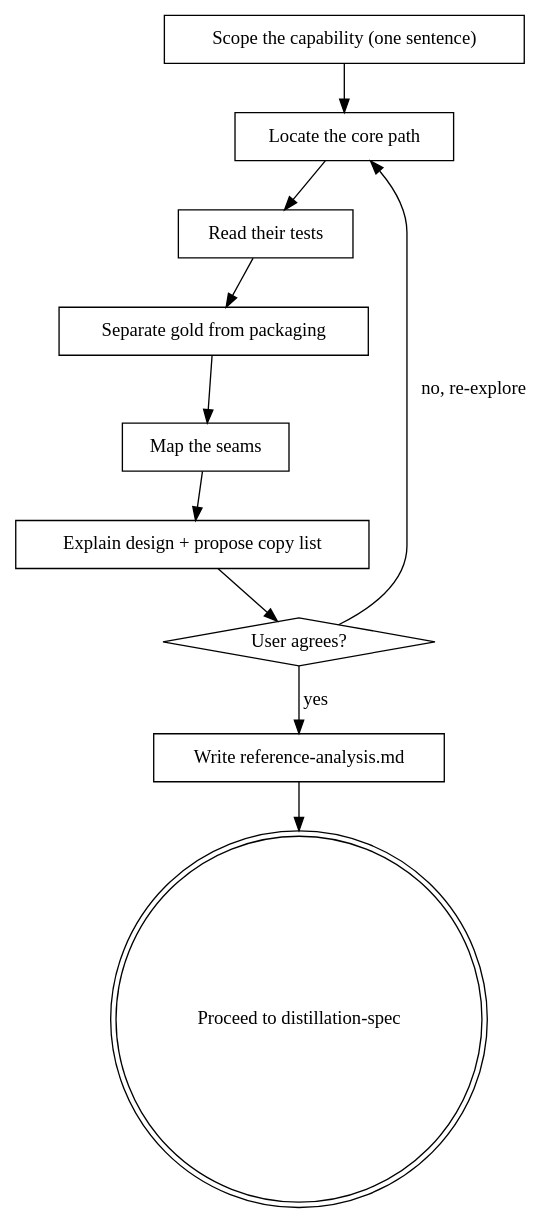
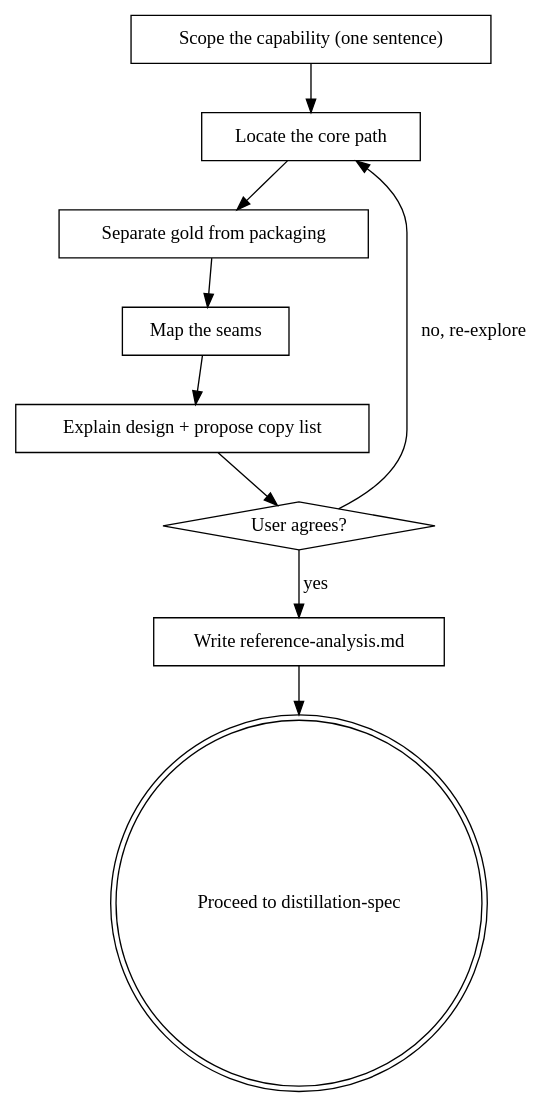
The diagram in skills/reference-analysis/SKILL.md (duongnghia222/code-distilling), drawn with Graphviz before and after one commit. The commit also changed other lines of this file and 13 other files, not shown here.

````diff
--- a/skills/reference-analysis/SKILL.md
+++ b/skills/reference-analysis/SKILL.md
@@ -34,23 +33,21 @@
 ```dot
 digraph reference_analysis {
     "Scope the capability (one sentence)" [shape=box];
     "Locate the core path" [shape=box];
-    "Read their tests" [shape=box];
     "Separate gold from packaging" [shape=box];
     "Map the seams" [shape=box];
     "Explain design + propose copy list" [shape=box];
     "User agrees?" [shape=diamond];
     "Write reference-analysis.md" [shape=box];
     "Proceed to distillation-spec" [shape=doublecircle];
 
     "Scope the capability (one sentence)" -> "Locate the core path";
-    "Locate the core path" -> "Read their tests";
-    "Read their tests" -> "Separate gold from packaging";
+    "Locate the core path" -> "Separate gold from packaging";
     "Separate gold from packaging" -> "Map the seams";
     "Map the seams" -> "Explain design + propose copy list";
     "Explain design + propose copy list" -> "User agrees?";
     "User agrees?" -> "Locate the core path" [label="no, re-explore"];
     "User agrees?" -> "Write reference-analysis.md" [label="yes"];
     "Write reference-analysis.md" -> "Proceed to distillation-spec";
 }
 ```
````
